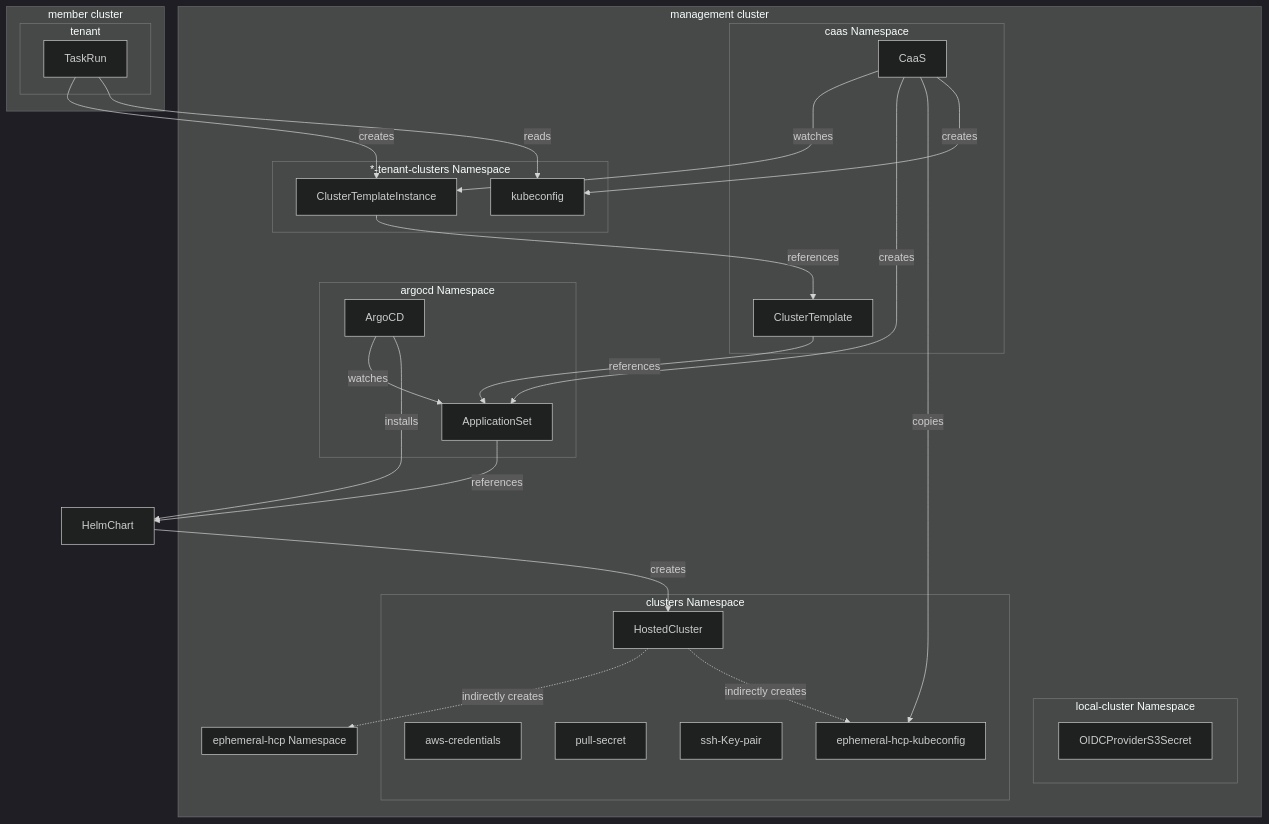
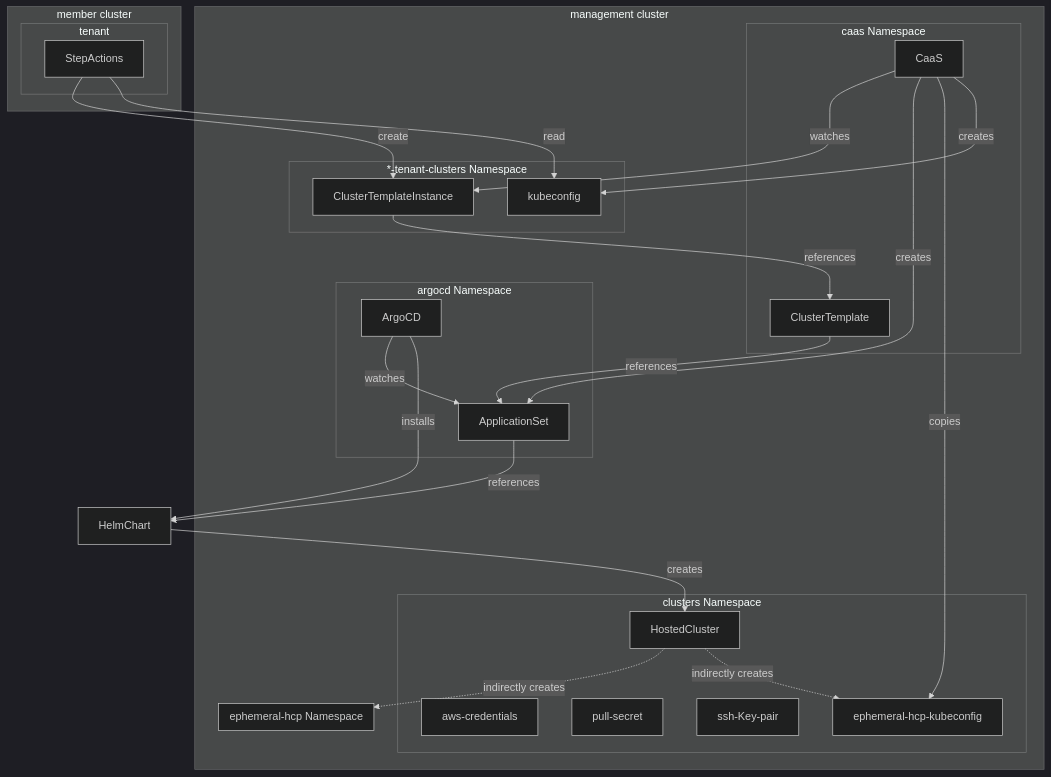
The diagram in ADR/0034-provisioning-ephemeral-openshift-clusters.md (konflux-ci/architecture), drawn with Mermaid (dark theme) before and after one commit. The commit also changed other lines of this file, not shown here.

Commit message:
Swap out Tekton Tasks for StepActions
Superfluous OIDC config details are also removed.

````diff
--- a/ADR/0034-provisioning-ephemeral-openshift-clusters.md
+++ b/ADR/0034-provisioning-ephemeral-openshift-clusters.md
@@ -103,59 +102,55 @@
 ```mermaid
 flowchart TD
   HelmChart
 
   subgraph member [member cluster]
     subgraph tenant
-      TaskRun
+      StepActions
     end
   end
 
   subgraph management [management cluster]
     subgraph tenant-clusters [*-tenant-clusters Namespace]
       ClusterTemplateInstance
       kubeconfig
     end
     
-    subgraph local-cluster [local-cluster Namespace]
-      OIDCProviderS3Secret
-    end
-
     subgraph caas [caas Namespace]
       CaaS
       ClusterTemplate
     end
 
     subgraph argocd [argocd Namespace]
       ArgoCD
       ApplicationSet
     end
 
     subgraph ephemeral-hcp [ephemeral-hcp Namespace]
     end
 
     subgraph clusters [clusters Namespace]
       HostedCluster
 
       aws-credentials
       pull-secret
       ssh-Key-pair
       ephemeral-hcp-kubeconfig
     end
 
   end
 
-  TaskRun --> |creates| ClusterTemplateInstance
-  TaskRun --> |reads| kubeconfig
+  StepActions --> |create| ClusterTemplateInstance
+  StepActions --> |read| kubeconfig
   ClusterTemplateInstance --> |references| ClusterTemplate
   ClusterTemplate --> |references| ApplicationSet
   ApplicationSet --> |references| HelmChart
   ArgoCD --> |watches| ApplicationSet
   ArgoCD --> |installs| HelmChart
   HelmChart --> |creates| HostedCluster
   HostedCluster -.-> |indirectly creates| ephemeral-hcp
   HostedCluster -.-> |indirectly creates| ephemeral-hcp-kubeconfig
   CaaS --> |watches| ClusterTemplateInstance
   CaaS --> |creates| ApplicationSet
   CaaS --> |copies| ephemeral-hcp-kubeconfig
   CaaS --> |creates| kubeconfig
 ```
````
